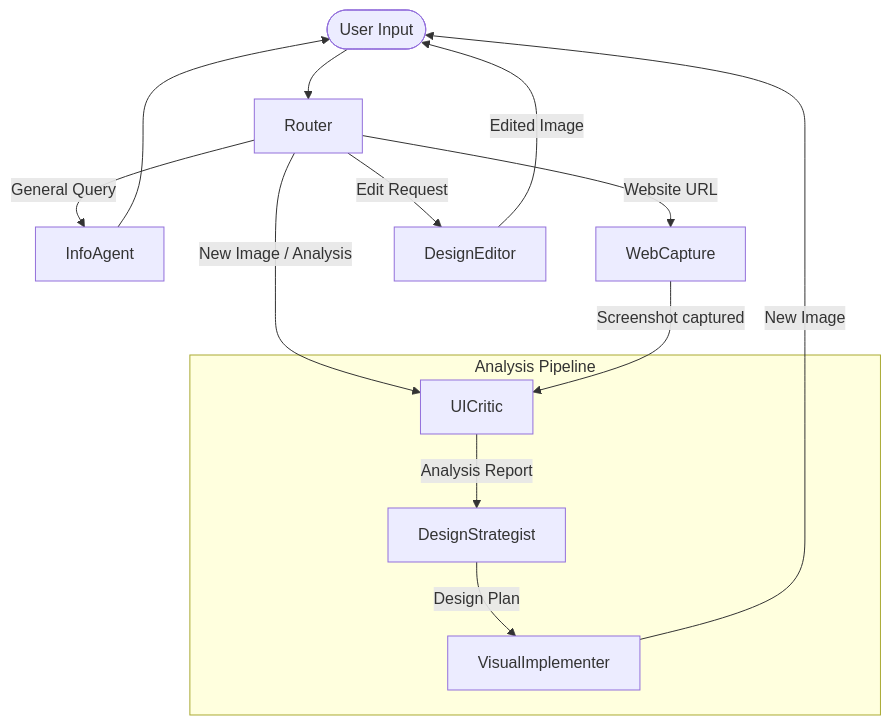
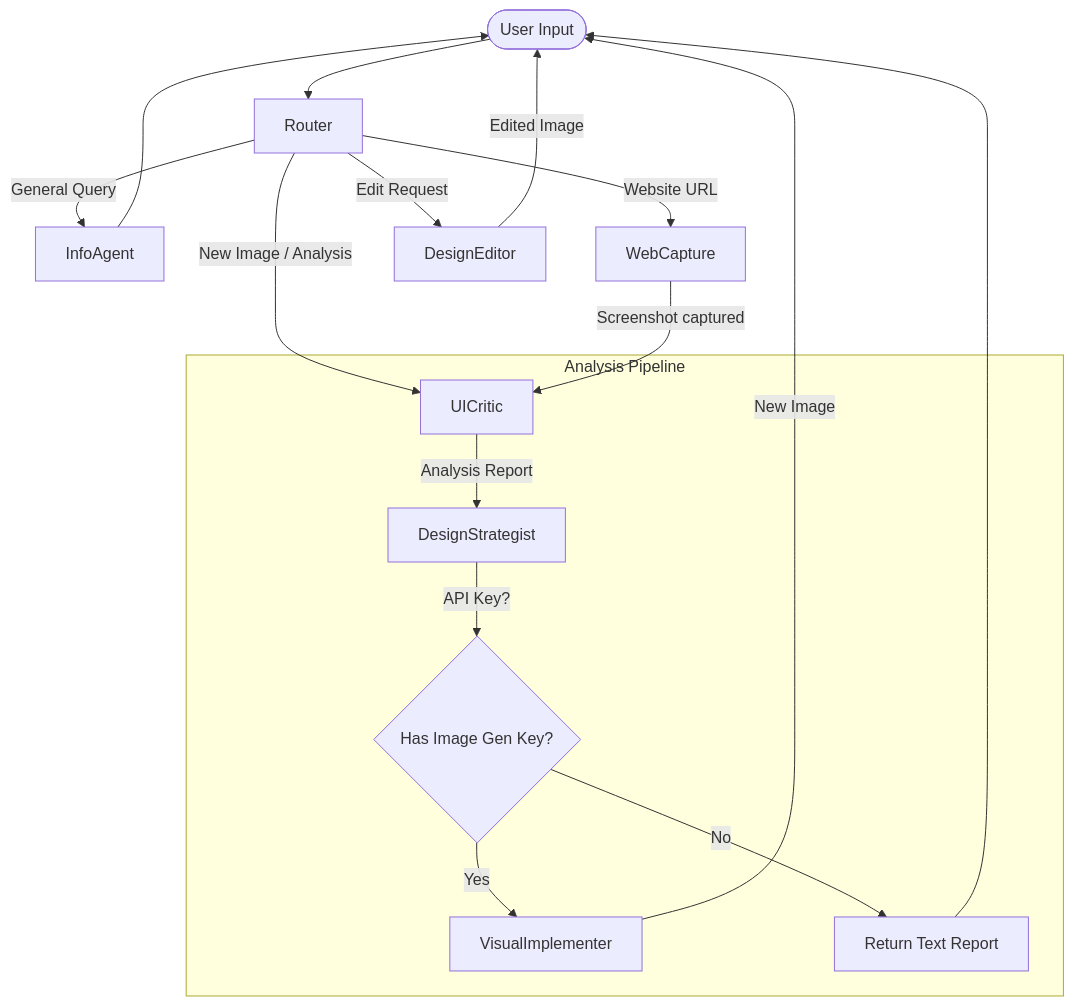
Before and after one commit to gedeoni/ui_analyser: the diagram in README.md, drawn with Mermaid. The commit also changed other lines of this file and 8 other files, not shown here.

Commit message:
feat: add SQLite persistence, hybrid model support, and conditional image generation flow

````diff
--- a/README.md
+++ b/README.md
@@ -17,19 +18,22 @@
 ```mermaid
 graph TD
     User([User Input]) --> Router
     Router --> |General Query| InfoAgent
     Router --> |Website URL| WebCapture
     Router --> |New Image / Analysis| UICritic
     Router --> |Edit Request| DesignEditor
     
     WebCapture --> |Screenshot captured| UICritic
     
     subgraph Analysis Pipeline
         UICritic --> |Analysis Report| DesignStrategist
-        DesignStrategist --> |Design Plan| VisualImplementer
+        DesignStrategist --> |API Key?| Check{Has Image Gen Key?}
+        Check --> |Yes| VisualImplementer
+        Check --> |No| EndReport[Return Text Report]
     end
     
     VisualImplementer --> |New Image| User
+    EndReport --> User
     DesignEditor --> |Edited Image| User
     InfoAgent --> User
 ```
````
